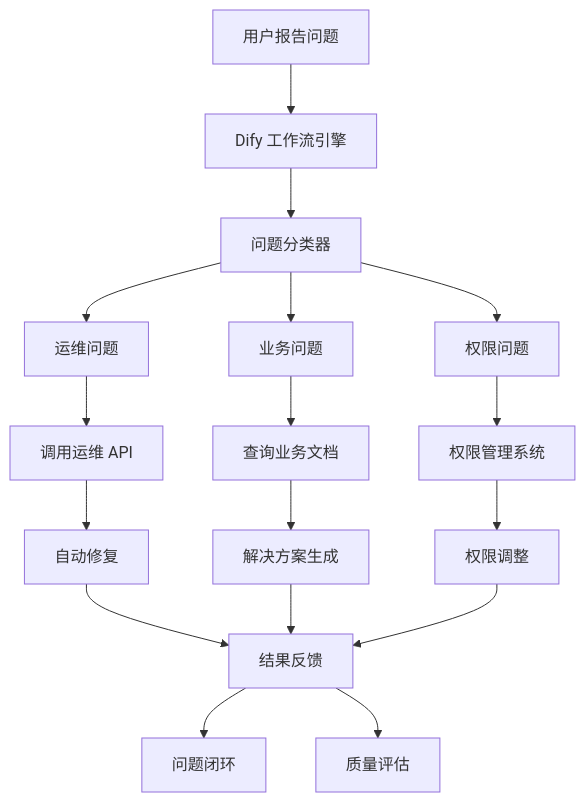
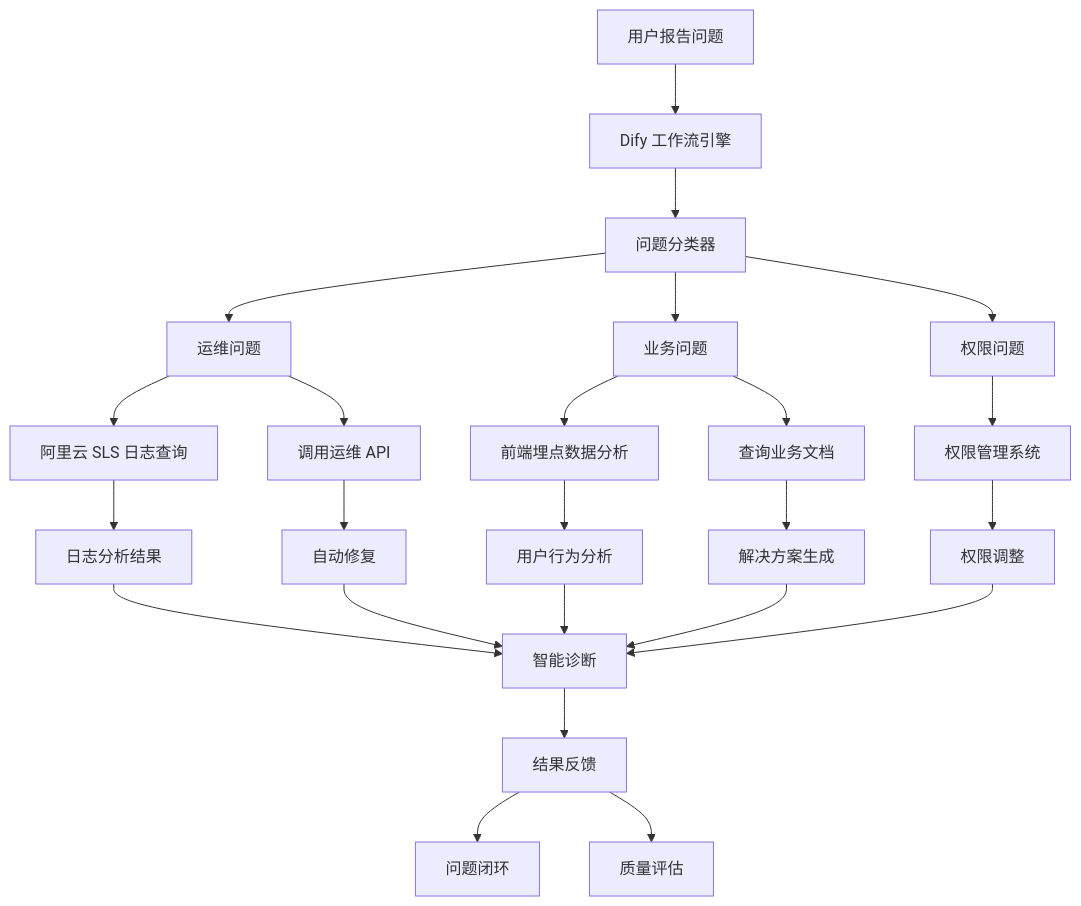
The diagram in content/projects/dify-issue-solver.mdx (corgii-123/my_page), drawn with Mermaid before and after one commit. The commit also changed other lines of this file and 1 other file, not shown here.

Commit message:
优化 Dify 工作流项目：添加阿里云 SLS 日志查询和前端埋点监控集成

````diff
--- a/content/projects/dify-issue-solver.mdx
+++ b/content/projects/dify-issue-solver.mdx
@@ -29,23 +30,30 @@
 ```mermaid
 graph TB
     A[用户报告问题] --> B[Dify 工作流引擎]
     B --> C[问题分类器]
     C --> D[运维问题]
     C --> E[业务问题]
     C --> F[权限问题]
 
-    D --> G[调用运维 API]
-    E --> H[查询业务文档]
-    F --> I[权限管理系统]
+    D --> G[阿里云 SLS 日志查询]
+    D --> H[调用运维 API]
+    E --> I[前端埋点数据分析]
+    E --> J[查询业务文档]
+    F --> K[权限管理系统]
 
-    G --> J[自动修复]
-    H --> K[解决方案生成]
-    I --> L[权限调整]
+    G --> L[日志分析结果]
+    H --> M[自动修复]
+    I --> N[用户行为分析]
+    J --> O[解决方案生成]
+    K --> P[权限调整]
 
-    J --> M[结果反馈]
-    K --> M
-    L --> M
+    L --> Q[智能诊断]
+    M --> Q
+    N --> Q
+    O --> Q
+    P --> Q
 
-    M --> N[问题闭环]
-    M --> O[质量评估]
+    Q --> R[结果反馈]
+    R --> S[问题闭环]
+    R --> T[质量评估]
 ```
````
